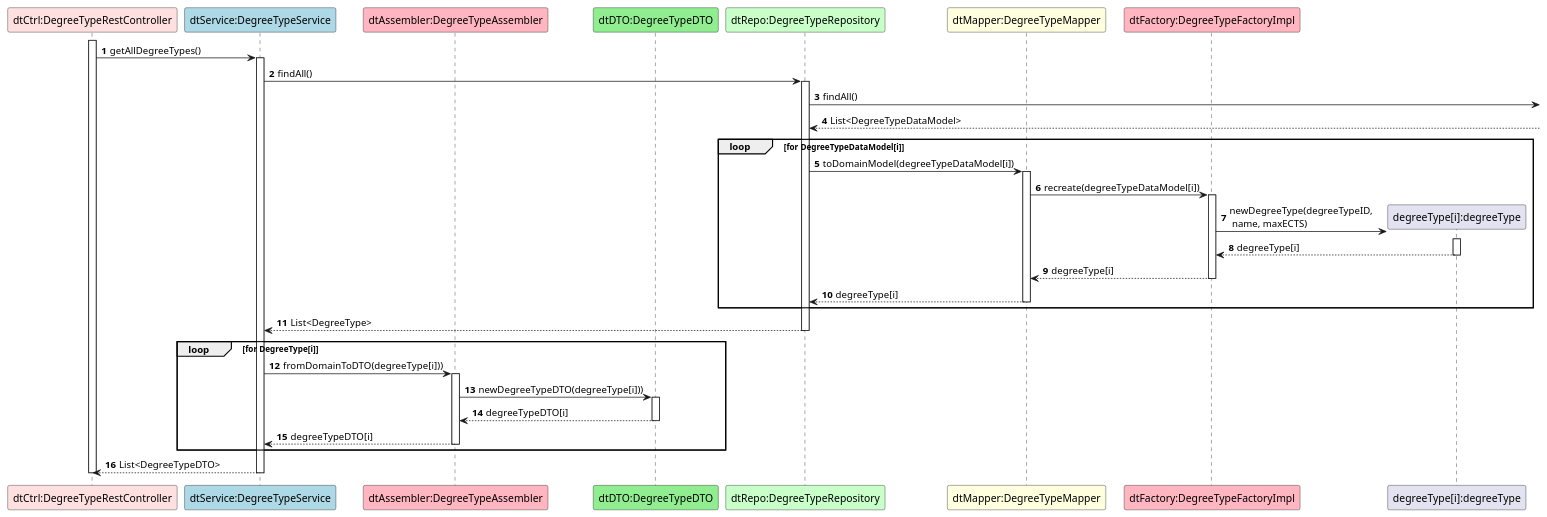
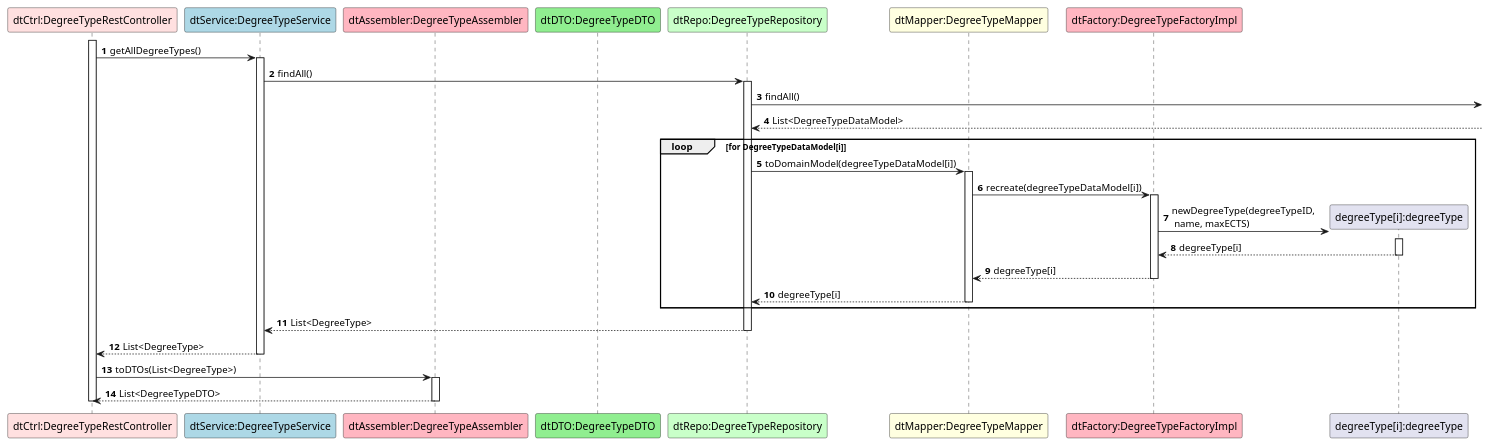
Before and after one commit to GasparISEP/DevOps-PAI: the diagram in docs/US31/ScenarioView/References/Ref-getAllDegreeTypes.puml, drawn with PlantUML. The commit also changed 3 other files, not shown here.

Commit message:
Ref #653: Update diagrams to reflect DTO conversion in Controller instead of Service

```diff
--- a/docs/US31/ScenarioView/References/Ref-getAllDegreeTypes.puml
+++ b/docs/US31/ScenarioView/References/Ref-getAllDegreeTypes.puml
@@ -1,41 +1,37 @@
 @startuml
 autonumber
 
 participant "dtCtrl:DegreeTypeRestController" as C #implementation
 participant "dtService:DegreeTypeService" as DTS #lightblue
 participant "dtAssembler:DegreeTypeAssembler" as DTA #lightpink
 participant "dtDTO:DegreeTypeDTO" as DTDTO #lightgreen
 participant "dtRepo:DegreeTypeRepository" as DTR #technology
 participant "dtMapper:DegreeTypeMapper" as M #lightyellow
 participant "dtFactory:DegreeTypeFactoryImpl" as F #lightpink
 participant "degreeType[i]:degreeType" as DT
 
 activate C
 C -> DTS ++: getAllDegreeTypes()
 
 DTS -> DTR ++: findAll()
 
 DTR -> : findAll()
 DTR <-- : List<DegreeTypeDataModel>
 
 loop for DegreeTypeDataModel[i]
 DTR -> M ++: toDomainModel(degreeTypeDataModel[i])
 M -> F ++: recreate(degreeTypeDataModel[i])
 F -> DT**: newDegreeType(degreeTypeID, \n name, maxECTS)
 activate DT
 DT --> F --: degreeType[i]
 F --> M --: degreeType[i]
 M --> DTR --: degreeType[i]
 end
 
 DTR --> DTS --: List<DegreeType>
-loop for DegreeType[i]
-DTS -> DTA ++ :fromDomainToDTO(degreeType[i]))
-DTA -> DTDTO ++: newDegreeTypeDTO(degreeType[i]))
-DTDTO --> DTA --: degreeTypeDTO[i]
-DTA --> DTS --: degreeTypeDTO[i]
-end
-DTS --> C --: List<DegreeTypeDTO>
+DTS --> C --: List<DegreeType>
+C -> DTA ++: toDTOs(List<DegreeType>)
+DTA --> C --: List<DegreeTypeDTO>
 deactivate C
 
 @enduml
```
